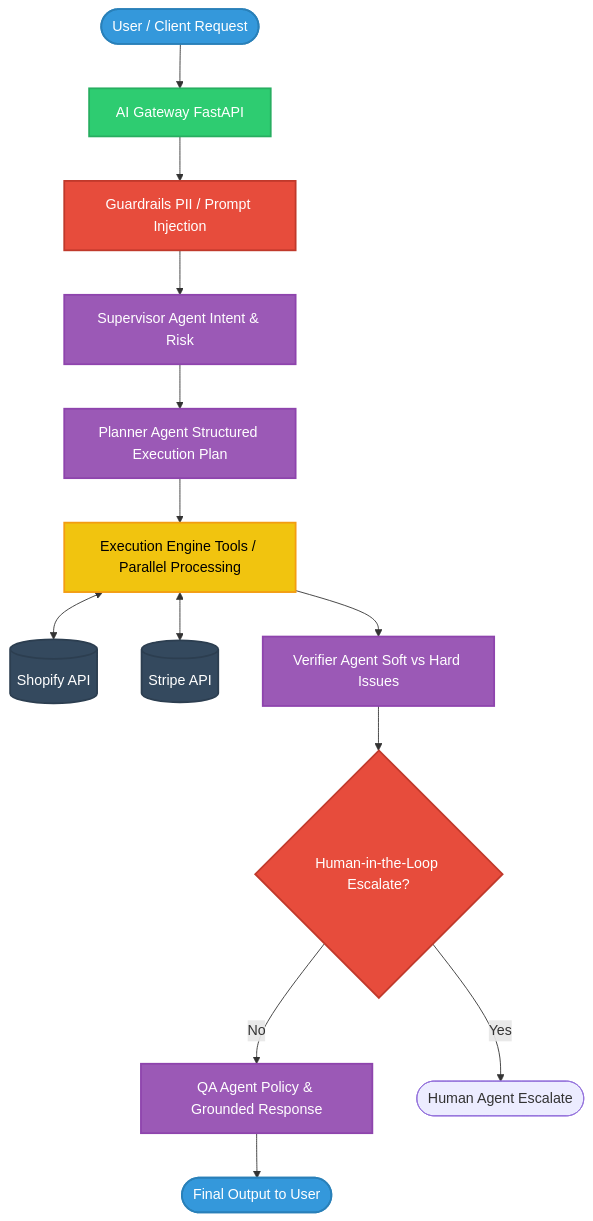
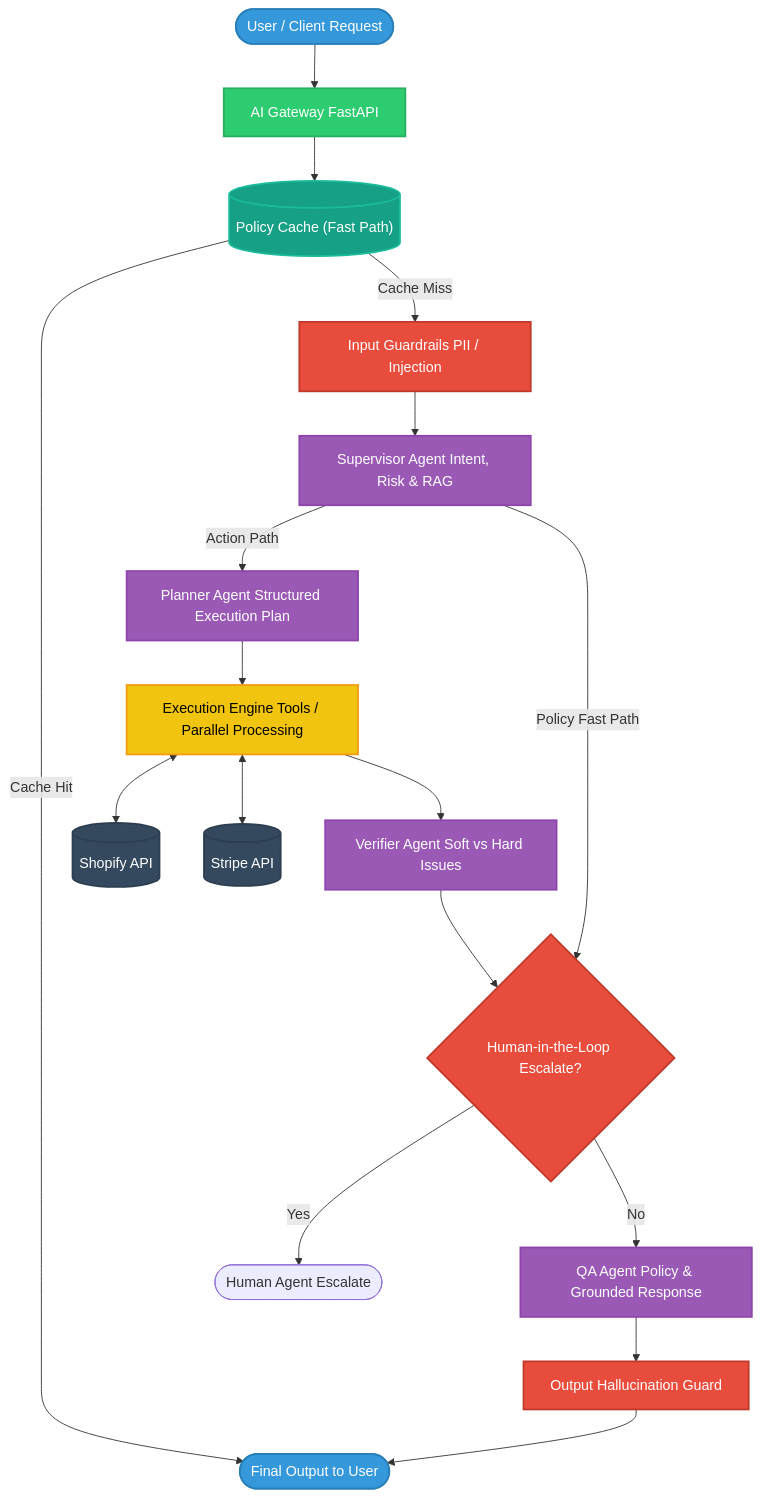
The diagram in README.md (venkatpachala/AI-Customer-Support-), drawn with Mermaid before and after one commit. The commit also changed other lines of this file, not shown here.

Commit message:
README.md

````diff
--- a/README.md
+++ b/README.md
@@ -47,47 +49,60 @@
 ```mermaid
 graph TD
     %% Define Styles
     classDef client fill:#3498db,stroke:#2980b9,stroke-width:2px,color:white;
     classDef gateway fill:#2ecc71,stroke:#27ae60,stroke-width:2px,color:white;
     classDef guardrail fill:#e74c3c,stroke:#c0392b,stroke-width:2px,color:white;
     classDef agent fill:#9b59b6,stroke:#8e44ad,stroke-width:2px,color:white;
     classDef execution fill:#f1c40f,stroke:#f39c12,stroke-width:2px,color:black;
     classDef external fill:#34495e,stroke:#2c3e50,stroke-width:2px,color:white;
+    classDef memory fill:#16a085,stroke:#1abc9c,stroke-width:2px,color:white;
 
     %% Nodes
     User(["User / Client Request"])
     API["AI Gateway FastAPI"]
-    Guard["Guardrails PII / Prompt Injection"]
-    Supervisor["Supervisor Agent Intent & Risk"]
+    PolicyCache[("Policy Cache (Fast Path)")]
+    Guard["Input Guardrails PII / Injection"]
+    Supervisor["Supervisor Agent Intent, Risk & RAG"]
     Planner["Planner Agent Structured Execution Plan"]
     Engine["Execution Engine Tools / Parallel Processing"]
     Shopify[("Shopify API")]
     Stripe[("Stripe API")]
     Verifier["Verifier Agent Soft vs Hard Issues"]
     HITL{"Human-in-the-Loop Escalate?"}
     QA["QA Agent Policy & Grounded Response"]
+    OutputGuard["Output Hallucination Guard"]
     Response(["Final Output to User"])
     HumanAgent(["Human Agent Escalate"])
 
     %% Edges
     User --> API
-    API --> Guard
+    API --> PolicyCache
+    PolicyCache -- "Cache Hit" --> Response
+    PolicyCache -- "Cache Miss" --> Guard
     Guard --> Supervisor
-    Supervisor --> Planner
+    
+    %% Routing
+    Supervisor -- "Action Path" --> Planner
+    Supervisor -- "Policy Fast Path" --> HITL
+    
     Planner --> Engine
     Engine <--> Shopify
     Engine <--> Stripe
     Engine --> Verifier
     Verifier --> HITL
-    HITL -- Yes --> HumanAgent
-    HITL -- No --> QA
-    QA --> Response
+    
+    HITL -- "Yes" --> HumanAgent
+    HITL -- "No" --> QA
+    
+    QA --> OutputGuard
+    OutputGuard --> Response
 
     %% Assign Classes
     class User,Response client;
     class API gateway;
-    class Guard,HITL guardrail;
+    class PolicyCache memory;
+    class Guard,HITL,OutputGuard guardrail;
     class Supervisor,Planner,Verifier,QA agent;
     class Engine execution;
     class Shopify,Stripe external;
 ```
````
